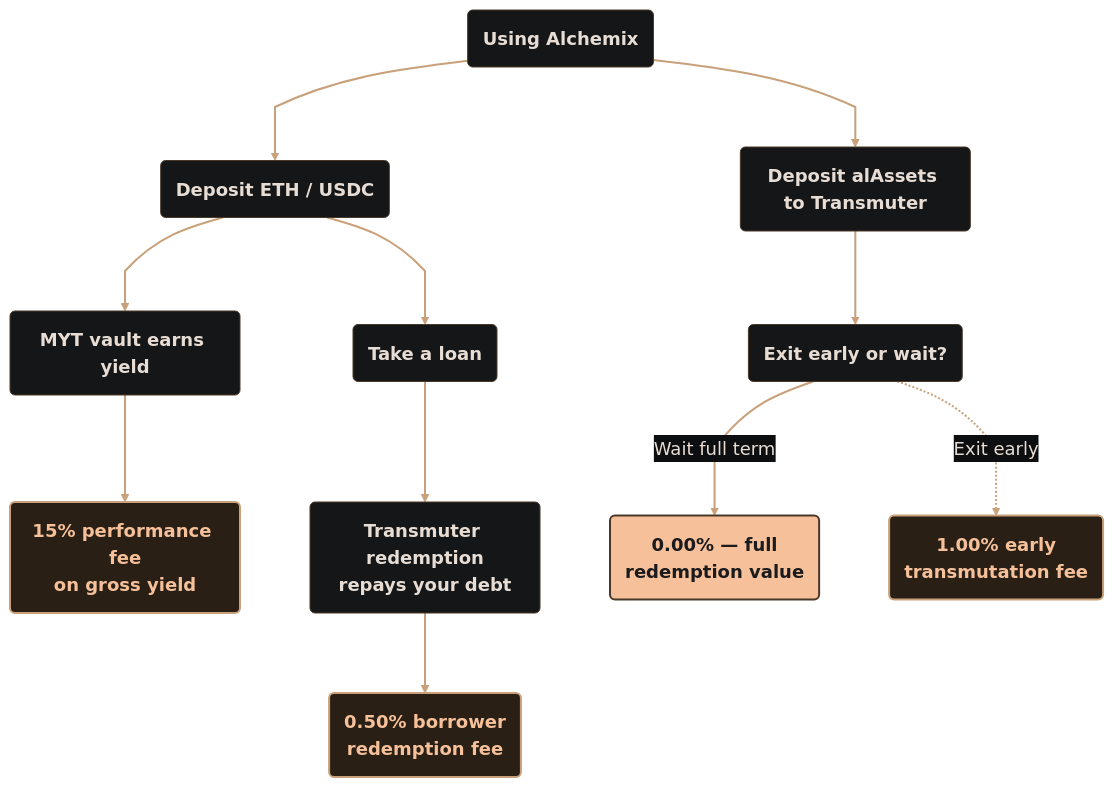
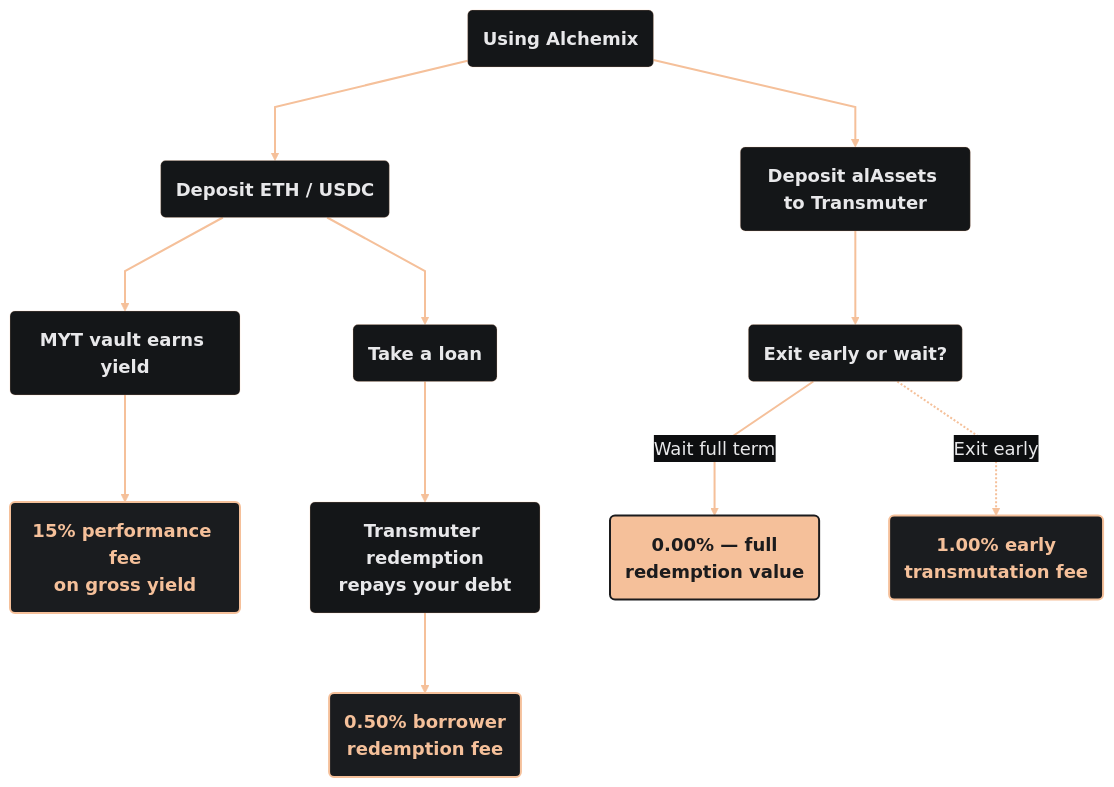
One commit to alchemix-finance/alchemix-v3-docs changed the diagram in docs/user/concepts/fees.md. Above: the diagram before and after it, drawn with Mermaid. The commit also changed 18 other files, not shown here.

````diff
--- a/docs/user/concepts/fees.md
+++ b/docs/user/concepts/fees.md
@@ -17,32 +17,32 @@
 ```mermaid
 %%{init: {
   'theme': 'base',
   'themeVariables': {
     'fontFamily': 'Montserrat',
     'primaryColor': '#141618',
-    'primaryBorderColor': '#4a3828',
-    'primaryTextColor': '#e8ddd4',
-    'lineColor': '#c8a07a',
+    'primaryBorderColor': 'rgba(245,192,154,0.25)',
+    'primaryTextColor': '#e8e8ea',
+    'lineColor': '#f5c09a',
     'edgeLabelBackground': '#0d0e10',
     'tertiaryColor': '#141618',
     'fontSize': '18px'
   },
-  'flowchart': { 'curve': 'monotoneX', 'nodeSpacing': 70, 'rankSpacing': 80 }
+  'flowchart': { 'curve': 'linear', 'nodeSpacing': 70, 'rankSpacing': 80 }
 }}%%
 flowchart TD
     classDef default font-weight:bold;
-    classDef fee fill:#2a1f14,stroke:#c8a07a,stroke-width:2px,color:#f5c09a;
-    classDef free fill:#f5c09a,stroke:#4a3828,stroke-width:2px,color:#1b1b1d;
+    classDef fee fill:#1a1c1f,stroke:#f5c09a,stroke-width:2px,color:#f5c09a;
+    classDef free fill:#f5c09a,stroke:#1b1b1d,stroke-width:2px,color:#1b1b1d;
 
     A(Using Alchemix) --> B(Deposit ETH / USDC)
     A --> C(Deposit alAssets to Transmuter)
 
-    B --> D(MYT vault earns yield) --> E(<b>15%</b> performance fee<br/><span style='color:#9a8878'>on gross yield</span>):::fee
-    B --> F(Take a loan) --> G(Transmuter redemption<br/>repays your debt) --> H(<b>0.50%</b> borrower<br/><span style='color:#9a8878'>redemption fee</span>):::fee
+    B --> D(MYT vault earns yield) --> E(<b>15%</b> performance fee<br/><span style='color:#8a8f99'>on gross yield</span>):::fee
+    B --> F(Take a loan) --> G(Transmuter redemption<br/>repays your debt) --> H(<b>0.50%</b> borrower<br/><span style='color:#8a8f99'>redemption fee</span>):::fee
 
     C --> I(Exit early or wait?)
     I -->|Wait full term| J(<b>0.00%</b> — full<br/>redemption value):::free
-    I -.->|Exit early| K(<b>1.00%</b> early<br/><span style='color:#9a8878'>transmutation fee</span>):::fee
+    I -.->|Exit early| K(<b>1.00%</b> early<br/><span style='color:#8a8f99'>transmutation fee</span>):::fee
 
-    linkStyle 0,1,2,3,4,5,6,7,8,9 stroke:#c8a07a,stroke-width:2px
+    linkStyle 0,1,2,3,4,5,6,7,8,9 stroke:#f5c09a,stroke-width:2px
 ```
````
